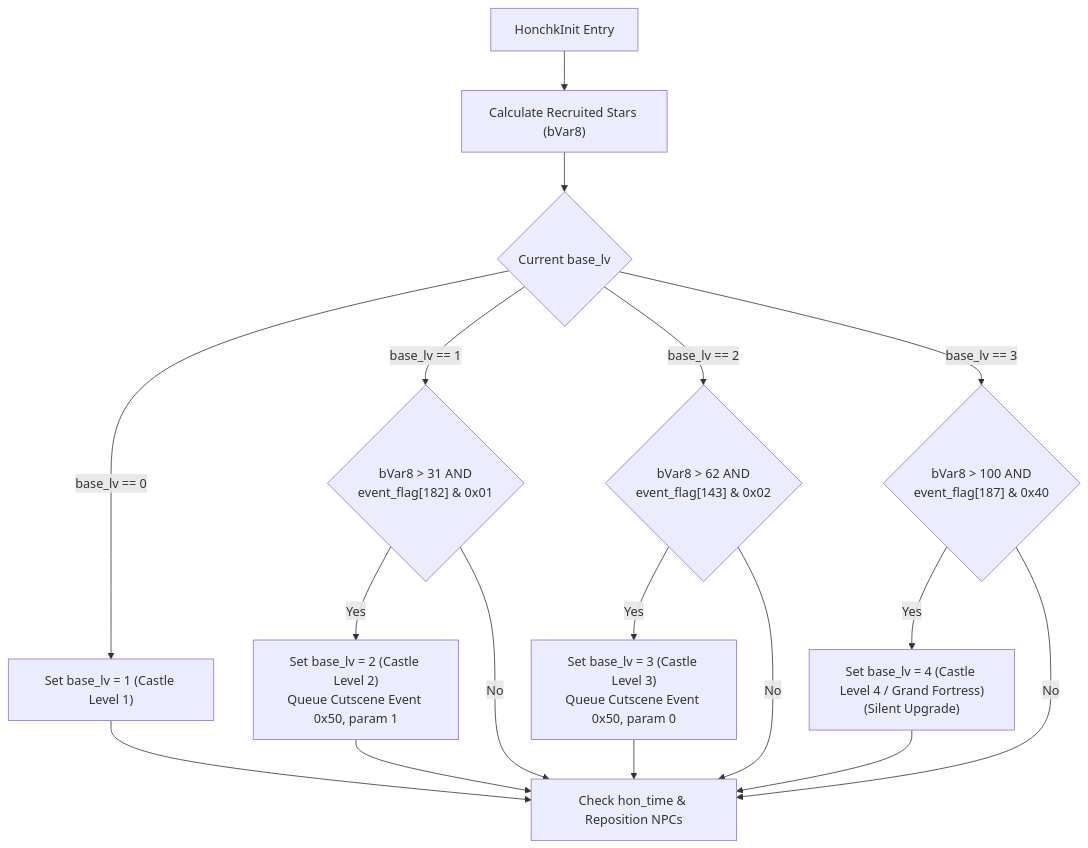
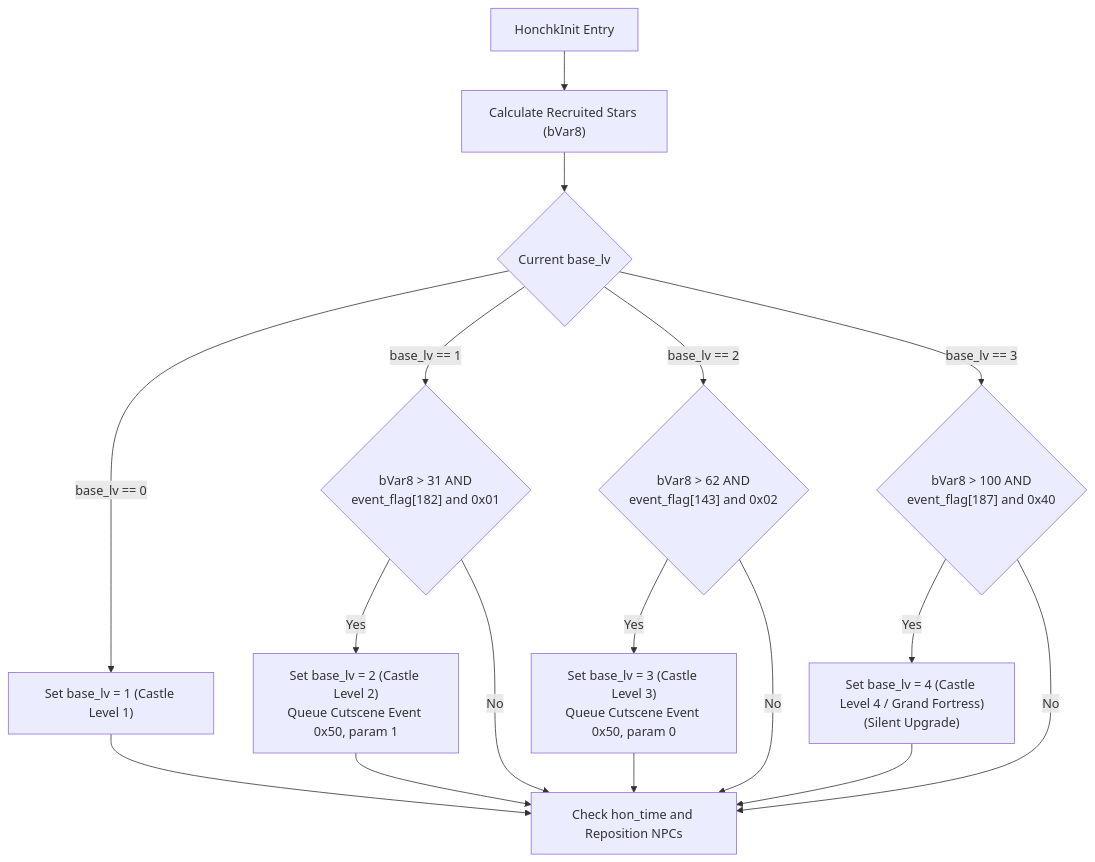
One commit to faospark/PKCore changed the second of 2 diagrams in Documentation/suikoden_2_castle_level_upgrade_mechanics.md. Above: the diagram before and after it, drawn with Mermaid. The commit also changed other lines of this file and 7 other files, not shown here.

````diff
--- a/Documentation/suikoden_2_castle_level_upgrade_mechanics.md
+++ b/Documentation/suikoden_2_castle_level_upgrade_mechanics.md
@@ -98,24 +98,24 @@
 ```mermaid
 flowchart TD
     Start["HonchkInit Entry"] --> Count["Calculate Recruited Stars (bVar8)"]
     Count --> CheckLV{"Current base_lv"}
     
-    CheckLV -->|base_lv == 0| Up1["Set base_lv = 1 (Castle Level 1)"]
+    CheckLV -->|"base_lv == 0"| Up1["Set base_lv = 1 (Castle Level 1)"]
     
-    CheckLV -->|base_lv == 1| Check2{"bVar8 > 31 AND<br/>event_flag[182] & 0x01"}
-    Check2 -->|Yes| Up2["Set base_lv = 2 (Castle Level 2)<br/>Queue Cutscene Event 0x50, param 1"]
-    Check2 -->|No| Clock
+    CheckLV -->|"base_lv == 1"| Check2{"bVar8 > 31 AND<br/>event_flag[182] and 0x01"}
+    Check2 -->|"Yes"| Up2["Set base_lv = 2 (Castle Level 2)<br/>Queue Cutscene Event 0x50, param 1"]
+    Check2 -->|"No"| Clock
     
-    CheckLV -->|base_lv == 2| Check3{"bVar8 > 62 AND<br/>event_flag[143] & 0x02"}
-    Check3 -->|Yes| Up3["Set base_lv = 3 (Castle Level 3)<br/>Queue Cutscene Event 0x50, param 0"]
-    Check3 -->|No| Clock
+    CheckLV -->|"base_lv == 2"| Check3{"bVar8 > 62 AND<br/>event_flag[143] and 0x02"}
+    Check3 -->|"Yes"| Up3["Set base_lv = 3 (Castle Level 3)<br/>Queue Cutscene Event 0x50, param 0"]
+    Check3 -->|"No"| Clock
     
-    CheckLV -->|base_lv == 3| Check4{"bVar8 > 100 AND<br/>event_flag[187] & 0x40"}
-    Check4 -->|Yes| Up4["Set base_lv = 4 (Castle Level 4 / Grand Fortress)<br/>(Silent Upgrade)"]
-    Check4 -->|No| Clock
+    CheckLV -->|"base_lv == 3"| Check4{"bVar8 > 100 AND<br/>event_flag[187] and 0x40"}
+    Check4 -->|"Yes"| Up4["Set base_lv = 4 (Castle Level 4 / Grand Fortress)<br/>(Silent Upgrade)"]
+    Check4 -->|"No"| Clock
     
-    Up1 --> Clock["Check hon_time & Reposition NPCs"]
+    Up1 --> Clock["Check hon_time and Reposition NPCs"]
     Up2 --> Clock
     Up3 --> Clock
     Up4 --> Clock
 ```
````
